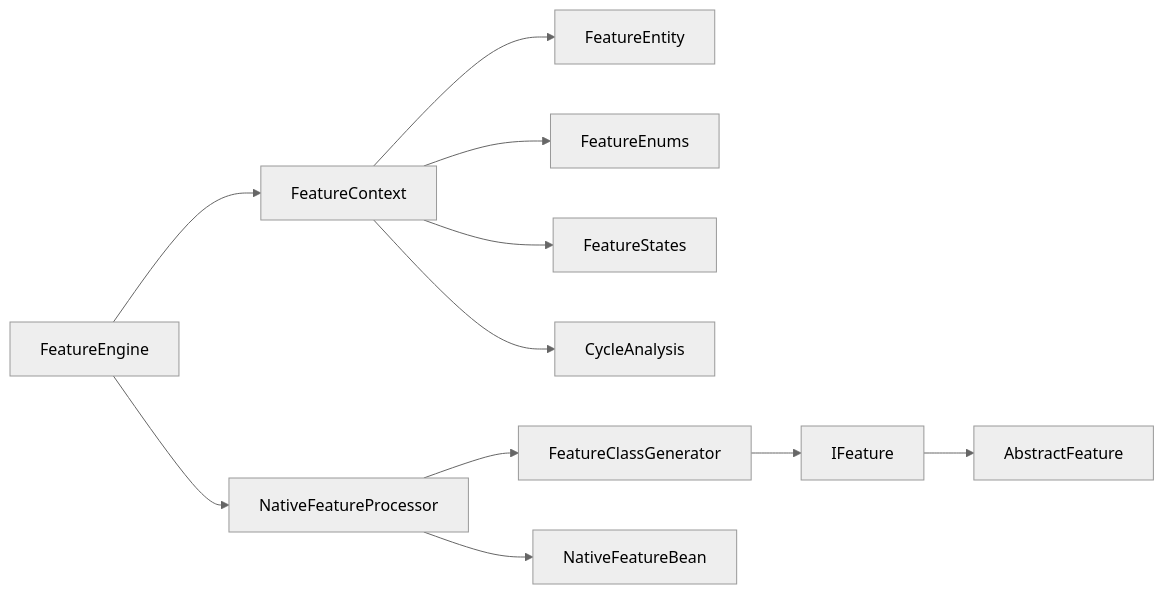
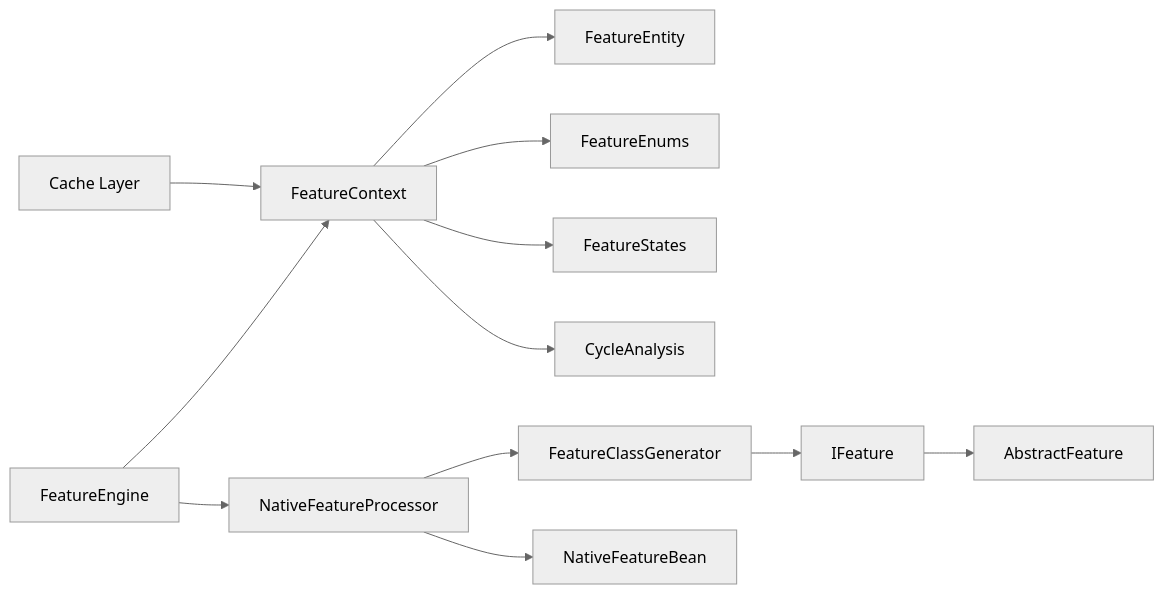
One commit to txzhanghuan/feature changed the ninth of 9 diagrams in .qoder/repowiki/zh/content/核心架构.md. Above: the diagram before and after it, drawn with Mermaid (neutral theme). The commit also changed other lines of this file and 48 other files, not shown here.

````diff
--- a/.qoder/repowiki/zh/content/核心架构.md
+++ b/.qoder/repowiki/zh/content/核心架构.md
@@ -419,13 +463,14 @@
 ```mermaid
 graph LR
 Engine["FeatureEngine"] --> Ctx["FeatureContext"]
 Engine --> Proc["NativeFeatureProcessor"]
 Ctx --> Ent["FeatureEntity"]
 Ctx --> Enums["FeatureEnums"]
 Ctx --> States["FeatureStates"]
 Ctx --> Cycle["CycleAnalysis"]
 Proc --> Gen["FeatureClassGenerator"]
 Gen --> IF["IFeature"]
 IF --> AF["AbstractFeature"]
 Proc --> NFB["NativeFeatureBean"]
+Cache["Cache Layer"] --> Ctx
 ```
````
